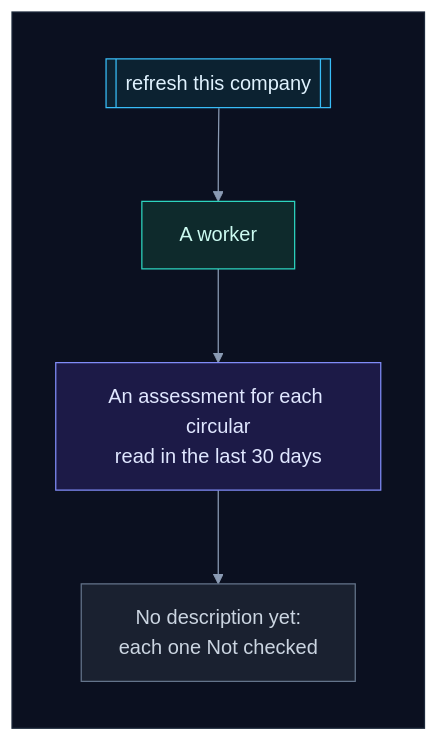
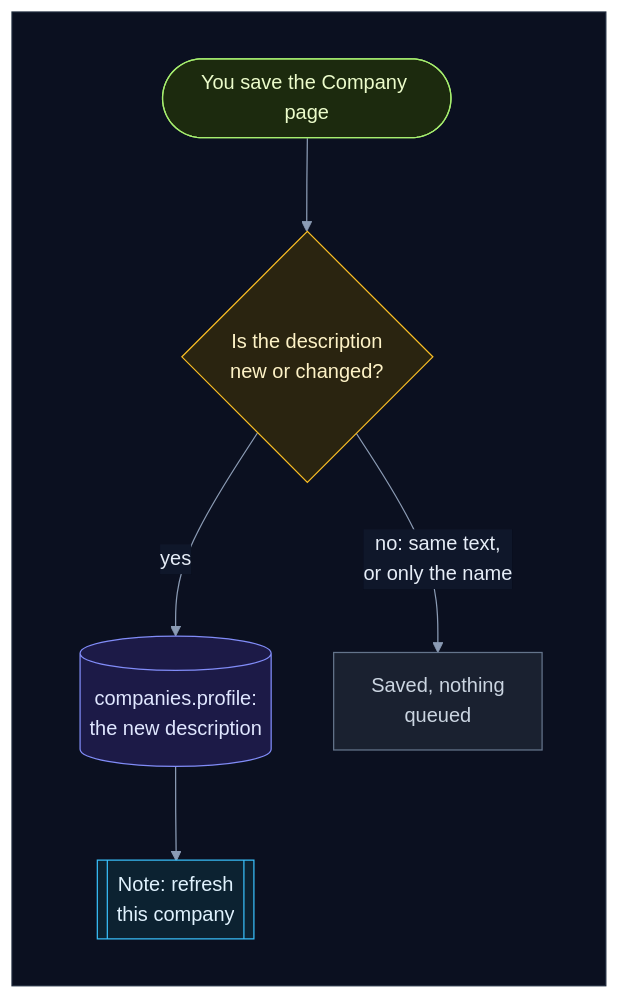
Before and after one commit to selvakumarperumal/Regulatory_Circular_Impact_Agent: diagram 34 of 56 in how_it_works.md, drawn with Mermaid. The commit also changed other lines of this file and 4 other files, not shown here.

First line of the commit message:
Document that only a description or policy change queues work

````diff
--- a/how_it_works.md
+++ b/how_it_works.md
@@ -1706,25 +1712,28 @@
 ```mermaid
 %%{init: {"theme": "base", "flowchart": {"diagramPadding": 0}, "themeVariables": {"darkMode": true, "primaryColor": "#16213a", "primaryTextColor": "#e6edf7", "primaryBorderColor": "#475a7a", "lineColor": "#8b9bb4", "secondaryColor": "#1b2436", "tertiaryColor": "#101a2e", "edgeLabelBackground": "#0f172a", "textColor": "#e2e8f0", "clusterBkg": "#0f1728", "clusterBorder": "#2b3a55", "titleColor": "#c4b5fd", "nodeTextColor": "#e6edf7"}}}%%
 flowchart TD
     subgraph canvas[" "]
         direction TB
-        q[["refresh this company"]] --> k["A worker"]
-        k --> a["An assessment for each circular<br/>read in the last 30 days"]
-        a --> n["No description yet:<br/>each one Not checked"]
+        u(["You save the Company page"]) --> c{"Is the description<br/>new or changed?"}
+        c -->|"yes"| p[("companies.profile:<br/>the new description")]
+        p --> q[["Note: refresh<br/>this company"]]
+        c -->|"no: same text,<br/>or only the name"| n["Saved, nothing<br/>queued"]
     end
     classDef svc fill:#0e2a2c,stroke:#2dd4bf,color:#ccfbf1
     classDef data fill:#1c1a47,stroke:#818cf8,color:#e0e7ff
     classDef ext fill:#2a1640,stroke:#c084fc,color:#f3e8ff
     classDef gpu fill:#2d1b0c,stroke:#fb923c,color:#ffedd5
     classDef ask fill:#2a2410,stroke:#fbbf24,color:#fef3c7
     classDef ok fill:#0b2a1c,stroke:#34d399,color:#d1fae5
     classDef bad fill:#2e0f17,stroke:#fb7185,color:#ffe4e6
     classDef start fill:#1c2a0e,stroke:#a7ef6f,color:#ecfccb
     classDef muted fill:#1a2130,stroke:#64748b,color:#cbd5e1
     classDef queue fill:#0c2231,stroke:#38bdf8,color:#e0f2fe
+    class u start
+    class c ask
+    class a svc
+    class p data
     class q queue
-    class k svc
-    class a data
     class n muted
     style canvas fill:#0b1020,stroke:#1e293b,color:#0b1020
 ```
````
